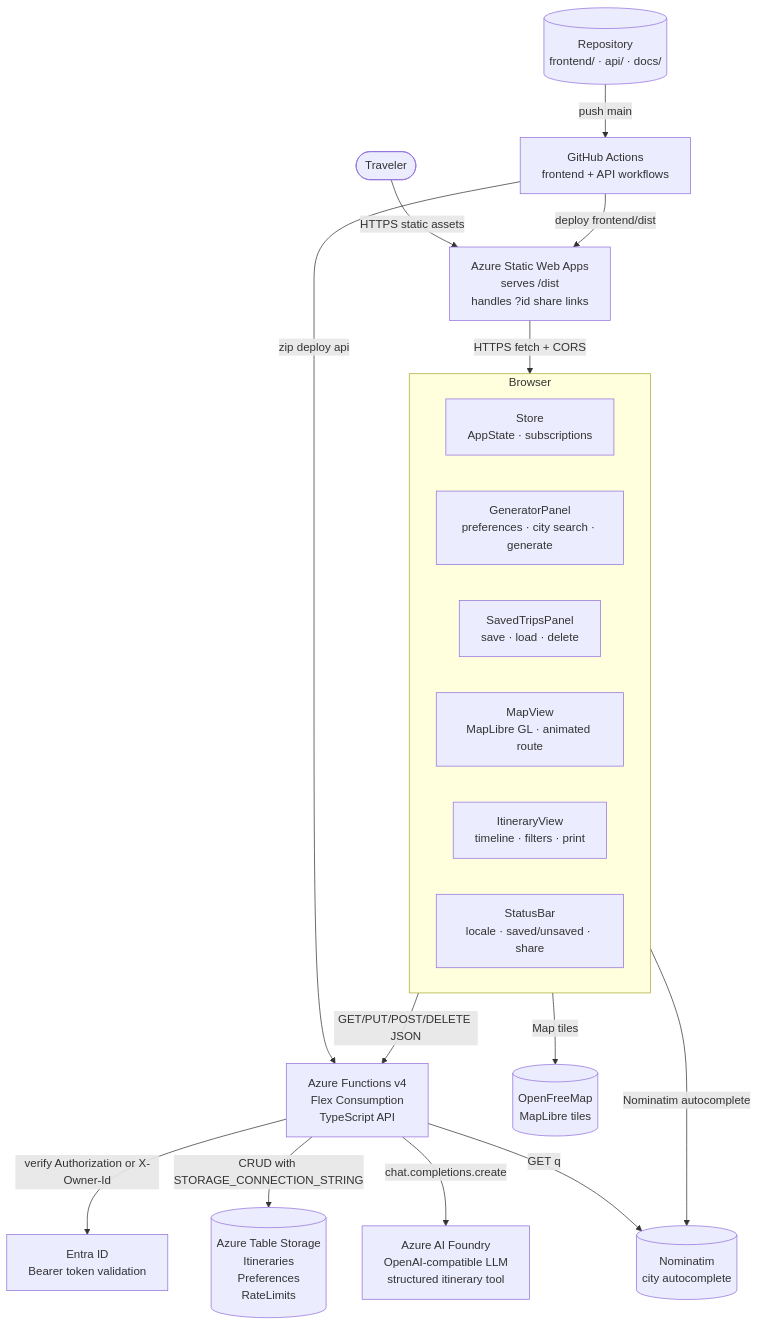
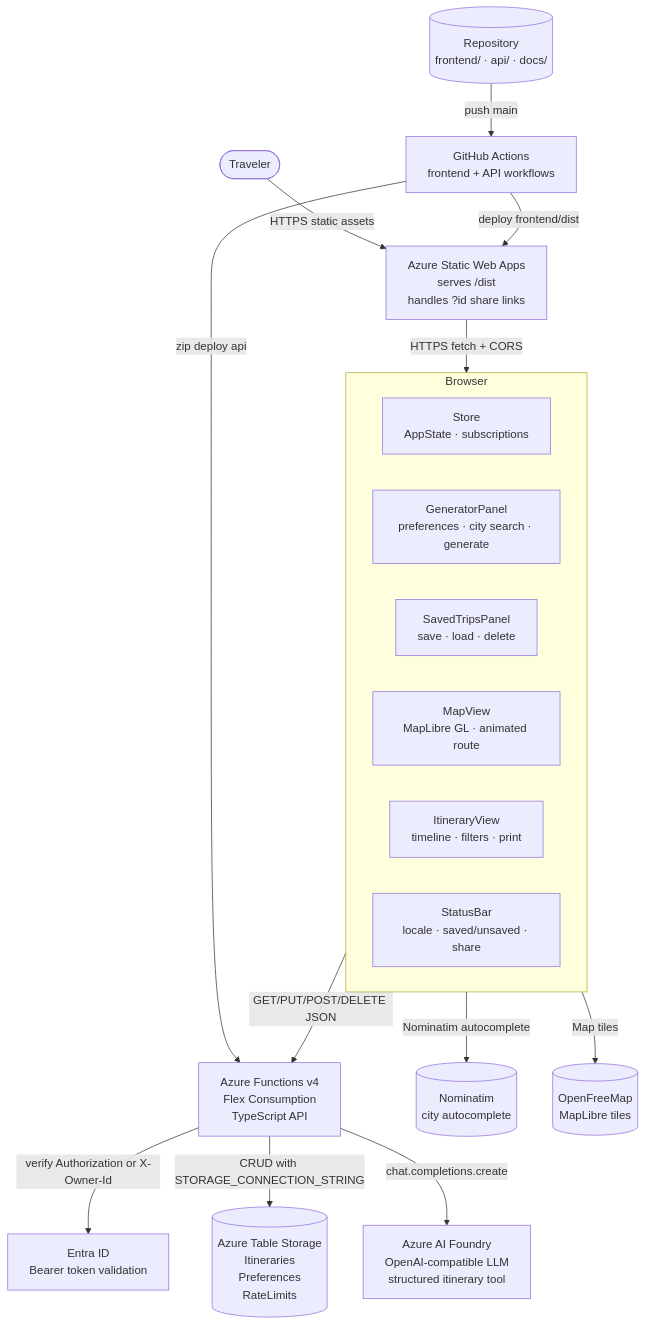
Before and after one commit to toinevl/nordicHolidays: the diagram in README.md, drawn with Mermaid. The commit also changed other lines of this file and 24 other files, not shown here.

````diff
--- a/README.md
+++ b/README.md
@@ -53,36 +53,35 @@
 ```mermaid
 flowchart TB
   Traveler([Traveler])
 
   subgraph Browser["Browser"]
     Store[Store<br/>AppState · subscriptions]
     GeneratorPanel[GeneratorPanel<br/>preferences · city search · generate]
     SavedTripsPanel[SavedTripsPanel<br/>save · load · delete]
     MapView[MapView<br/>MapLibre GL · animated route]
     ItineraryView[ItineraryView<br/>timeline · filters · print]
     StatusBar[StatusBar<br/>locale · saved/unsaved · share]
   end
 
   SWA[Azure Static Web Apps<br/>serves /dist<br/>handles ?id share links]
   API[Azure Functions v4<br/>Flex Consumption<br/>TypeScript API]
   Table[(Azure Table Storage<br/>Itineraries<br/>Preferences<br/>RateLimits)]
   LLM[Azure AI Foundry<br/>OpenAI-compatible LLM<br/>structured itinerary tool]
   City[(Nominatim<br/>city autocomplete)]
   Tiles[(OpenFreeMap<br/>MapLibre tiles)]
   Entra[Entra ID<br/>Bearer token validation]
   GitHub[GitHub Actions<br/>frontend + API workflows]
   Repo[(Repository<br/>frontend/ · api/ · docs/)]
 
   Traveler -->|HTTPS static assets| SWA
   SWA -->|HTTPS fetch + CORS| Browser
   Browser -->|GET/PUT/POST/DELETE JSON| API
   API -->|verify Authorization or X-Owner-Id| Entra
   API -->|CRUD with STORAGE_CONNECTION_STRING| Table
   API -->|chat.completions.create| LLM
-  API -->|GET q| City
   Browser -->|Nominatim autocomplete| City
   Browser -->|Map tiles| Tiles
   Repo -->|push main| GitHub
   GitHub -->|deploy frontend/dist| SWA
   GitHub -->|zip deploy api| API
 ```
````
